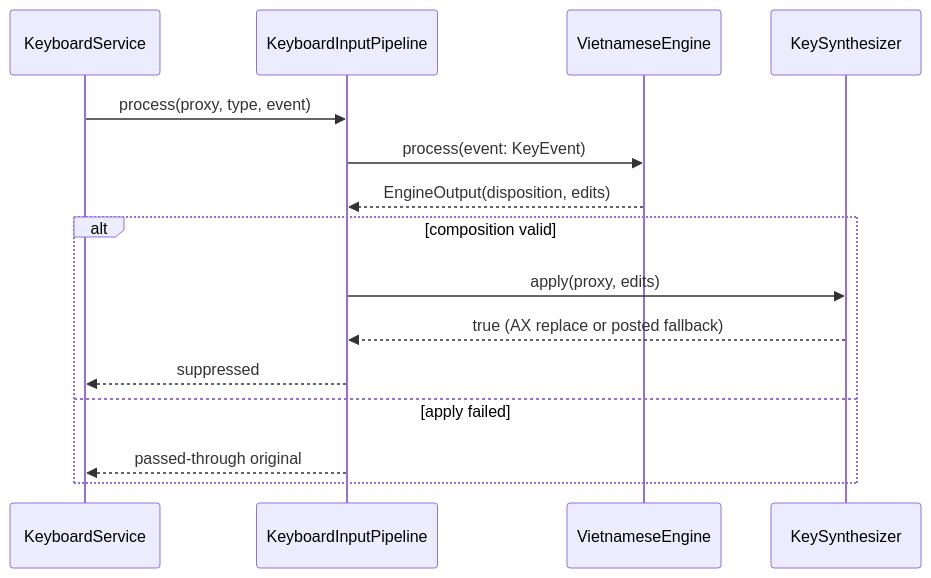
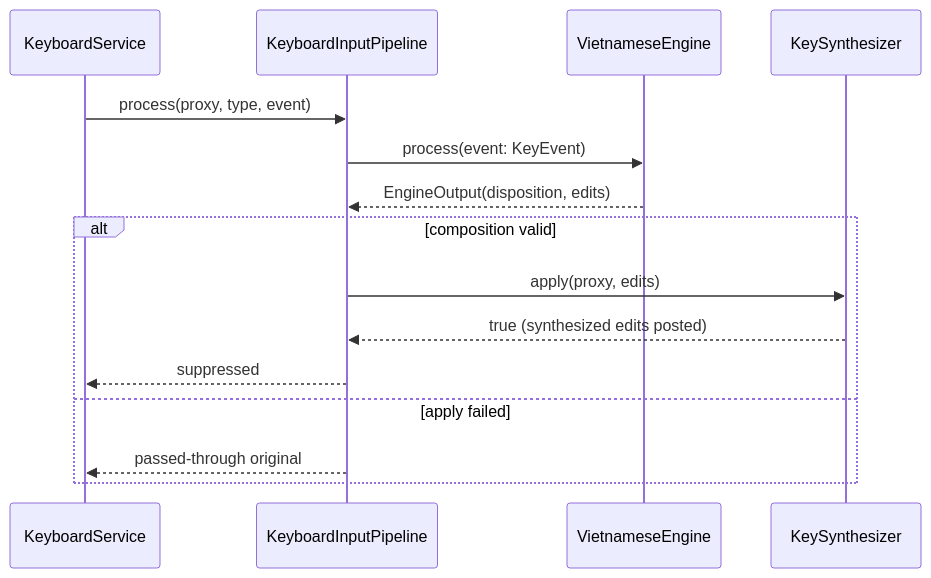
The diagram in docs/architecture/low-level.md (jonaskahn/EasyKey), drawn with Mermaid before and after one commit. The commit also changed other lines of this file and 59 other files, not shown here.

````diff
--- a/docs/architecture/low-level.md
+++ b/docs/architecture/low-level.md
@@ -345,17 +346,17 @@
 ```mermaid
 sequenceDiagram
   participant S as KeyboardService
   participant P as KeyboardInputPipeline
   participant E as VietnameseEngine
   participant K as KeySynthesizer
   S->>P: process(proxy, type, event)
   P->>E: process(event: KeyEvent)
   E-->>P: EngineOutput(disposition, edits)
   alt composition valid
     P->>K: apply(proxy, edits)
-    K-->>P: true (AX replace or posted fallback)
+    K-->>P: true (synthesized edits posted)
     P-->>S: suppressed
   else apply failed
     P-->>S: passed-through original
   end
 ```
````
